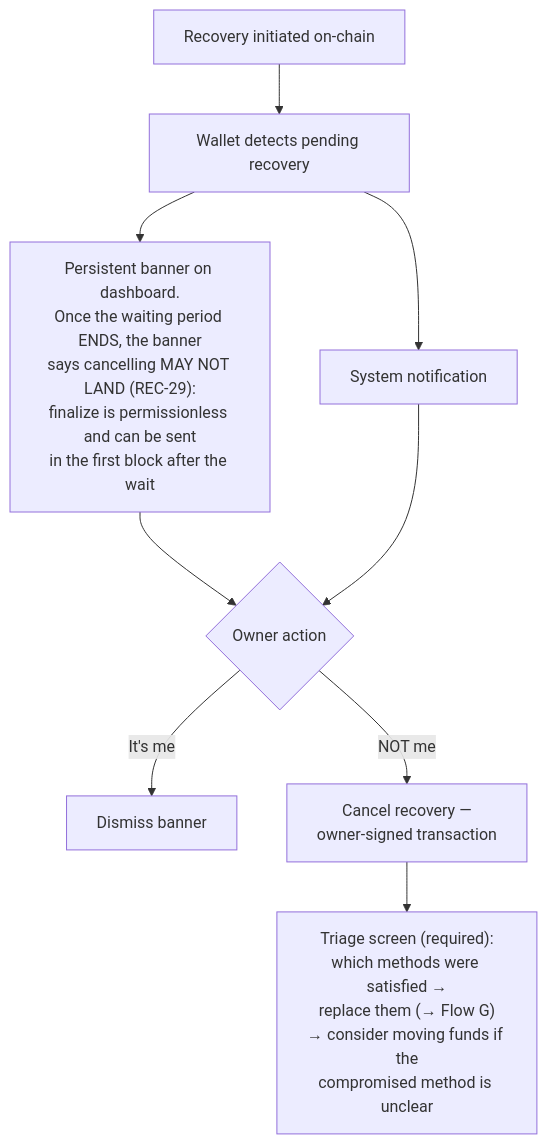
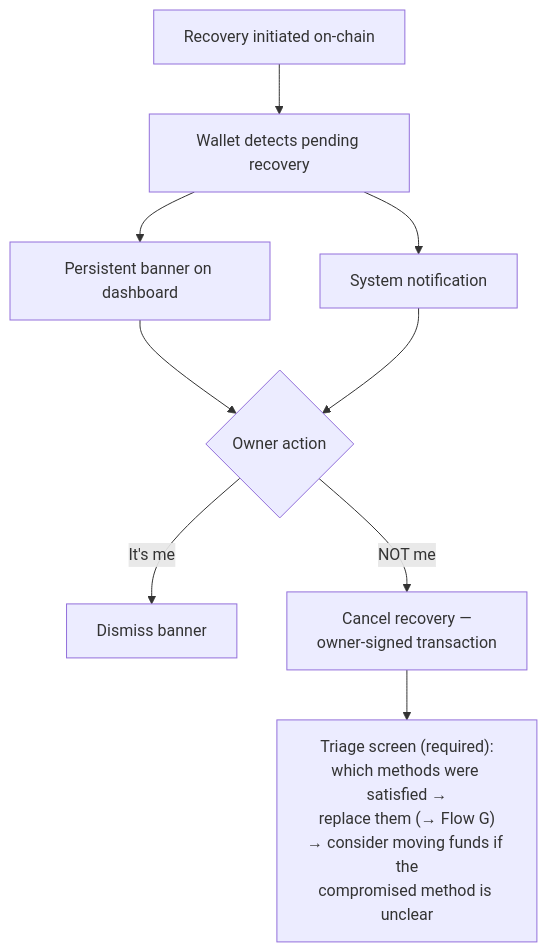
Before and after one commit to FiboAtWonder/kohaku-extension: the tenth of 12 diagrams in social-recovery-ux-flows.md, drawn with Mermaid. The commit also changed other lines of this file and 4 other files, not shown here.

````diff
--- a/social-recovery-ux-flows.md
+++ b/social-recovery-ux-flows.md
@@ -352,13 +352,13 @@
 ```mermaid
 flowchart TD
     A[Recovery initiated on-chain] --> B[Wallet detects pending recovery]
-    B --> C["Persistent banner on dashboard.<br/>Once the waiting period ENDS, the banner<br/>says cancelling MAY NOT LAND (REC-29):<br/>finalize is permissionless and can be sent<br/>in the first block after the wait"]
+    B --> C["Persistent banner on dashboard"]
     B --> D[System notification]
     C --> E{"Owner action"}
     D --> E
     E -->|It's me| F[Dismiss banner]
     E -->|NOT me| G["Cancel recovery —<br/>owner-signed transaction"]
     G --> T["Triage screen (required):<br/>which methods were satisfied →<br/>replace them (→ Flow G)<br/>→ consider moving funds if the<br/>compromised method is unclear"]
 
     click T href "#flow-g--recovery-path--method-management"
 ```
````
